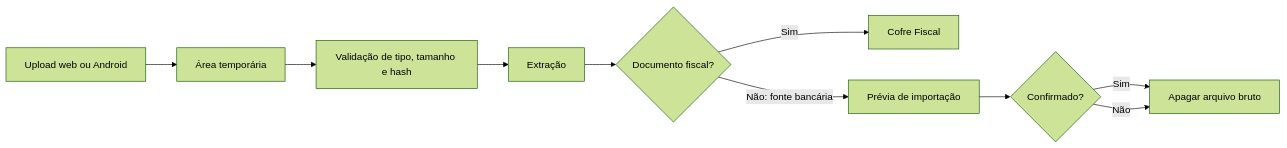
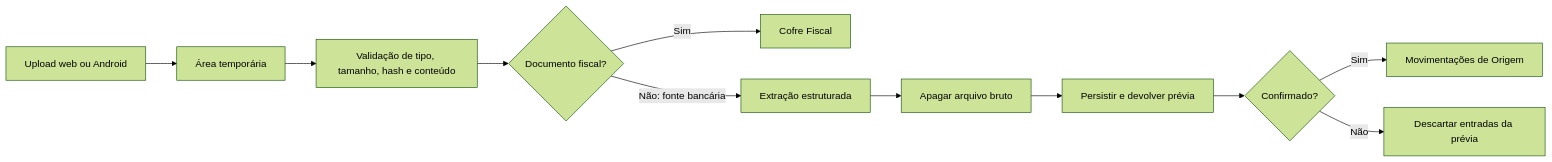
One commit to brenomzy/brenotion changed the third of 3 diagrams in docs/architecture.md. Above: the diagram before and after it, drawn with Mermaid (forest theme). The commit also changed other lines of this file and 50 other files, not shown here.

````diff
--- a/docs/architecture.md
+++ b/docs/architecture.md
@@ -205,12 +207,13 @@
 ```mermaid
 flowchart LR
     U["Upload web ou Android"] --> T["Área temporária"]
-    T --> V["Validação de tipo, tamanho e hash"]
-    V --> E["Extração"]
-    E --> R{"Documento fiscal?"}
+    T --> V["Validação de tipo, tamanho, hash e conteúdo"]
+    V --> R{"Documento fiscal?"}
     R -- "Sim" --> C["Cofre Fiscal"]
-    R -- "Não: fonte bancária" --> P["Prévia de importação"]
+    R -- "Não: fonte bancária" --> E["Extração estruturada"]
+    E --> Z["Apagar arquivo bruto"]
+    Z --> P["Persistir e devolver prévia"]
     P --> K{"Confirmado?"}
-    K -- "Sim" --> Z["Apagar arquivo bruto"]
-    K -- "Não" --> Z
+    K -- "Sim" --> M["Movimentações de Origem"]
+    K -- "Não" --> D["Descartar entradas da prévia"]
 ```
````
